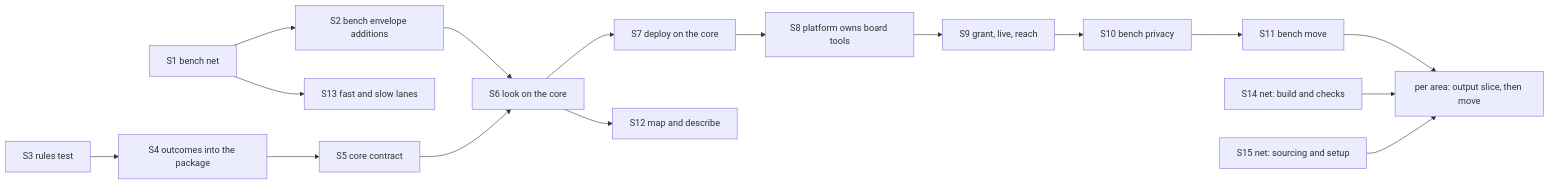
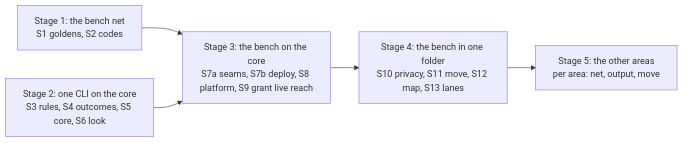
The diagram in docs/discovery/2026-10-19-p323-target-architecture/architecture/refactor-plan.md (xmejkal/spark), drawn with Mermaid before and after one commit. The commit also changed other lines of this file and 3 other files, not shown here.

````diff
--- a/docs/discovery/2026-10-19-p323-target-architecture/architecture/refactor-plan.md
+++ b/docs/discovery/2026-10-19-p323-target-architecture/architecture/refactor-plan.md
@@ -278,18 +29,7 @@
 ```mermaid
 flowchart LR
-  S1["S1 bench net"] --> S2["S2 bench envelope additions"]
-  S3["S3 rules test"] --> S4["S4 outcomes into the package"]
-  S4 --> S5["S5 core contract"]
-  S2 --> S6["S6 look on the core"]
-  S5 --> S6
-  S6 --> S7["S7 deploy on the core"]
-  S7 --> S8["S8 platform owns board tools"]
-  S8 --> S9["S9 grant, live, reach"]
-  S9 --> S10["S10 bench privacy"]
-  S10 --> S11["S11 bench move"]
-  S6 --> S12["S12 map and describe"]
-  S1 --> S13["S13 fast and slow lanes"]
-  S11 --> AREAS["per area: output slice, then move"]
-  S14["S14 net: build and checks"] --> AREAS
-  S15["S15 net: sourcing and setup"] --> AREAS
+  ST1["Stage 1: the bench net<br/>S1 goldens, S2 codes"] --> ST3
+  ST2["Stage 2: one CLI on the core<br/>S3 rules, S4 outcomes, S5 core, S6 look"] --> ST3["Stage 3: the bench on the core<br/>S7a seams, S7b deploy, S8 platform, S9 grant live reach"]
+  ST3 --> ST4["Stage 4: the bench in one folder<br/>S10 privacy, S11 move, S12 map, S13 lanes"]
+  ST4 --> ST5["Stage 5: the other areas<br/>per area: net, output, move"]
 ```
````
